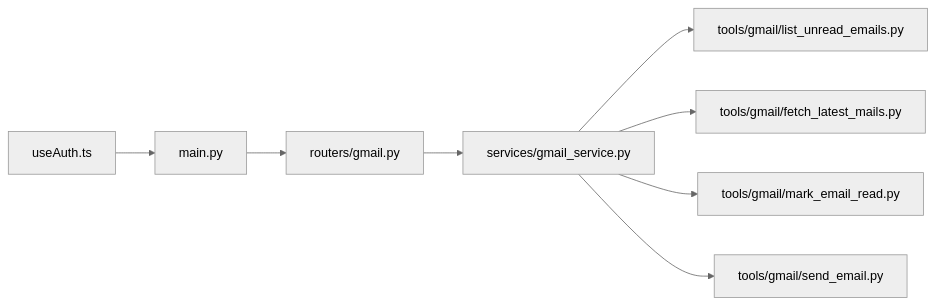
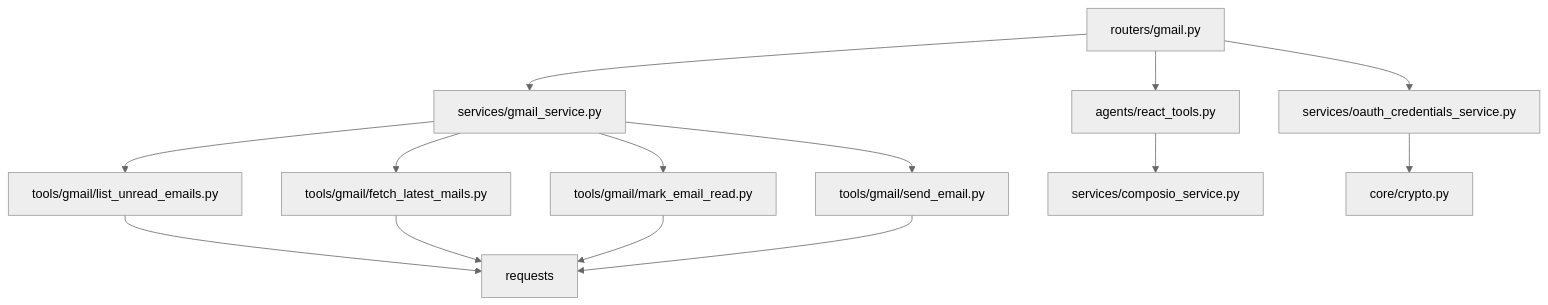
One commit to tashifkhan/tashif.codes changed the sixth of 6 diagrams in src/data/docs/agentic-browser/Service Integrations/Gmail Integration.md. Above: the diagram before and after it, drawn with Mermaid (neutral theme). The commit also changed other lines of this file and 114 other files, not shown here.

````diff
--- a/src/data/docs/agentic-browser/Service Integrations/Gmail Integration.md
+++ b/src/data/docs/agentic-browser/Service Integrations/Gmail Integration.md
@@ -175,10 +182,16 @@
 ```mermaid
-graph LR
-FE["useAuth.ts"] --> API["main.py"]
-API --> RT["routers/gmail.py"]
-RT --> SVC["services/gmail_service.py"]
-SVC --> TL1["tools/gmail/list_unread_emails.py"]
-SVC --> TL2["tools/gmail/fetch_latest_mails.py"]
-SVC --> TL3["tools/gmail/mark_email_read.py"]
-SVC --> TL4["tools/gmail/send_email.py"]
+graph TB
+  Router["routers/gmail.py"] --> Service["services/gmail_service.py"]
+  Router --> Agent["agents/react_tools.py"]
+  Router --> OAuth["services/oauth_credentials_service.py"]
+  Service --> List["tools/gmail/list_unread_emails.py"]
+  Service --> Latest["tools/gmail/fetch_latest_mails.py"]
+  Service --> Read["tools/gmail/mark_email_read.py"]
+  Service --> Send["tools/gmail/send_email.py"]
+  List --> Requests["requests"]
+  Latest --> Requests
+  Read --> Requests
+  Send --> Requests
+  Agent --> Composio["services/composio_service.py"]
+  OAuth --> Crypto["core/crypto.py"]
 ```
````
